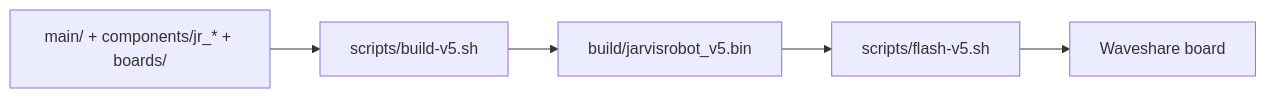
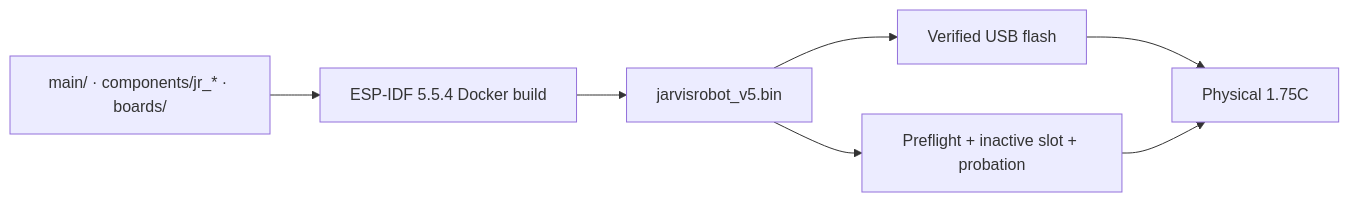
One commit to PascalAI2024/JarvisNano changed the fourth of 4 diagrams in docs/ARCHITECTURE.md. Above: the diagram before and after it, drawn with Mermaid. The commit also changed other lines of this file and 114 other files, not shown here.

````diff
--- a/docs/ARCHITECTURE.md
+++ b/docs/ARCHITECTURE.md
@@ -225,13 +226,13 @@
 ```mermaid
 flowchart LR
-    Canonical[main/ + components/jr_* + boards/]
-    Build[scripts/build-v5.sh]
-    Image[build/jarvisrobot_v5.bin]
-    Flash[scripts/flash-v5.sh]
-    Device[Waveshare board]
+    Source[main/ · components/jr_* · boards/]
+    Docker[ESP-IDF 5.5.4 Docker build]
+    Image[jarvisrobot_v5.bin]
+    USB[Verified USB flash]
+    OTA[Preflight + inactive slot + probation]
+    Device[Physical 1.75C]
 
-    Canonical --> Build
-    Build --> Image
-    Image --> Flash
-    Flash --> Device
+    Source --> Docker --> Image
+    Image --> USB --> Device
+    Image --> OTA --> Device
 ```
````
